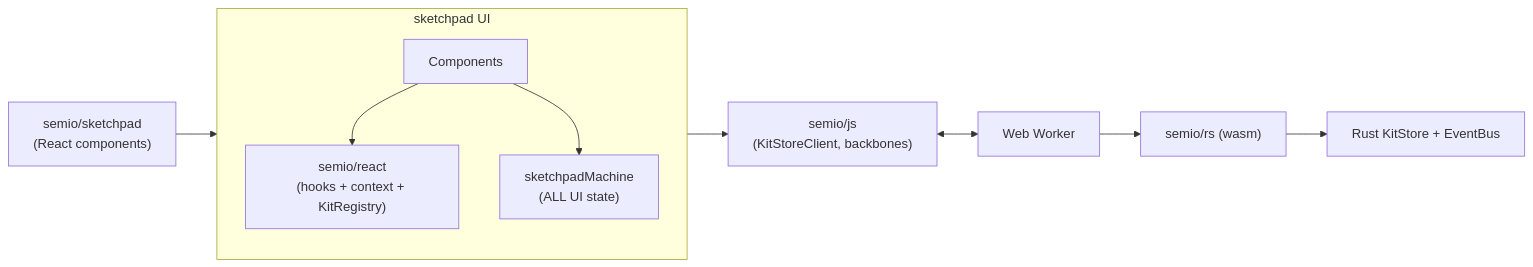
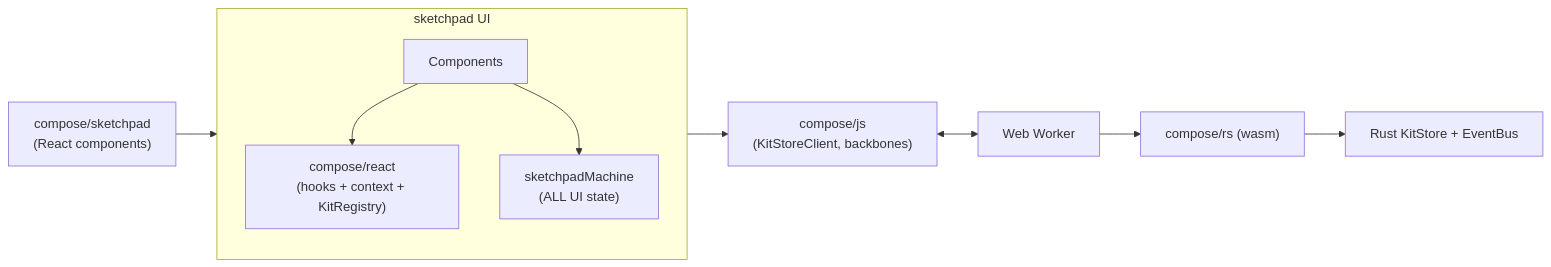
One commit to usalu/semio changed the diagram in .repo/🎫/26/04/26/SKETCHPAD-STATE-STORE-REFACTOR/sketchpad_kit-state_removal_c891deb3.plan.md. Above: the diagram before and after it, drawn with Mermaid. The commit also changed other lines of this file and 7735 other files, not shown here.

````diff
--- a/.repo/🎫/26/04/26/SKETCHPAD-STATE-STORE-REFACTOR/sketchpad_kit-state_removal_c891deb3.plan.md
+++ b/.repo/🎫/26/04/26/SKETCHPAD-STATE-STORE-REFACTOR/sketchpad_kit-state_removal_c891deb3.plan.md
@@ -36,16 +36,16 @@
 ```mermaid
 flowchart LR
-  UI["semio/sketchpad<br/>(React components)"] --> Hooks["semio/react<br/>(hooks + context + KitRegistry)"]
-  Hooks --> Client["semio/js<br/>(KitStoreClient, backbones)"]
+  UI["compose/sketchpad<br/>(React components)"] --> Hooks["compose/react<br/>(hooks + context + KitRegistry)"]
+  Hooks --> Client["compose/js<br/>(KitStoreClient, backbones)"]
   Client <--> Worker["Web Worker"]
-  Worker --> Wasm["semio/rs (wasm)"]
+  Worker --> Wasm["compose/rs (wasm)"]
   Wasm --> RsStore["Rust KitStore + EventBus"]
 
   subgraph sketchpadUi [sketchpad UI]
     direction TB
     Machine["sketchpadMachine<br/>(ALL UI state)"]
     Components["Components"]
     Components --> Machine
     Components --> Hooks
   end
 ```
````
